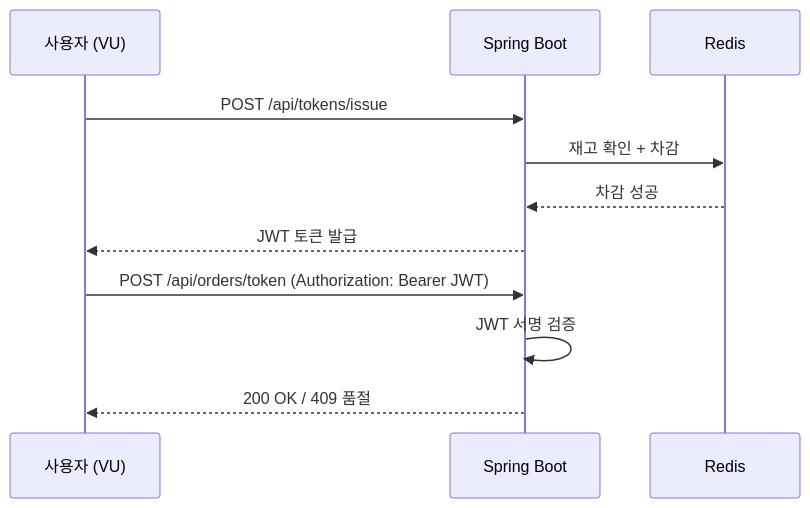
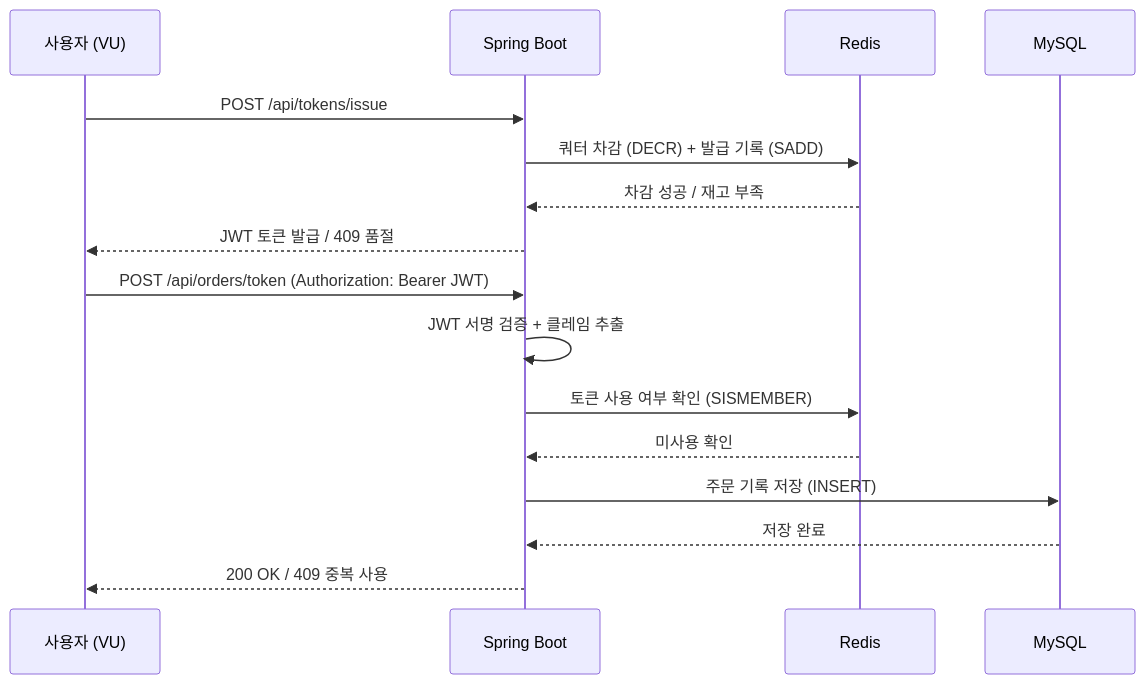
Before and after one commit to rhcwlq89/rhcwlq89.github.io: the fourth of 4 diagrams in src/content/blog/fcfs-load-test-comparison.md, drawn with Mermaid. The commit also changed other lines of this file and 1 other file, not shown here.

First line of the commit message:
fix: 8편 대기열·토큰 시퀀스 다이어그램을 실제 구현에 맞게 수정 (한/영)

````diff
--- a/src/content/blog/fcfs-load-test-comparison.md
+++ b/src/content/blog/fcfs-load-test-comparison.md
@@ -293,15 +298,20 @@
 ```mermaid
 sequenceDiagram
     participant U as 사용자 (VU)
     participant A as Spring Boot
     participant R as Redis
+    participant DB as MySQL
 
     U->>A: POST /api/tokens/issue
-    A->>R: 재고 확인 + 차감
-    R-->>A: 차감 성공
-    A-->>U: JWT 토큰 발급
+    A->>R: 쿼터 차감 (DECR) + 발급 기록 (SADD)
+    R-->>A: 차감 성공 / 재고 부족
+    A-->>U: JWT 토큰 발급 / 409 품절
 
     U->>A: POST /api/orders/token (Authorization: Bearer JWT)
-    A->>A: JWT 서명 검증
-    A-->>U: 200 OK / 409 품절
+    A->>A: JWT 서명 검증 + 클레임 추출
+    A->>R: 토큰 사용 여부 확인 (SISMEMBER)
+    R-->>A: 미사용 확인
+    A->>DB: 주문 기록 저장 (INSERT)
+    DB-->>A: 저장 완료
+    A-->>U: 200 OK / 409 중복 사용
 ```
````
